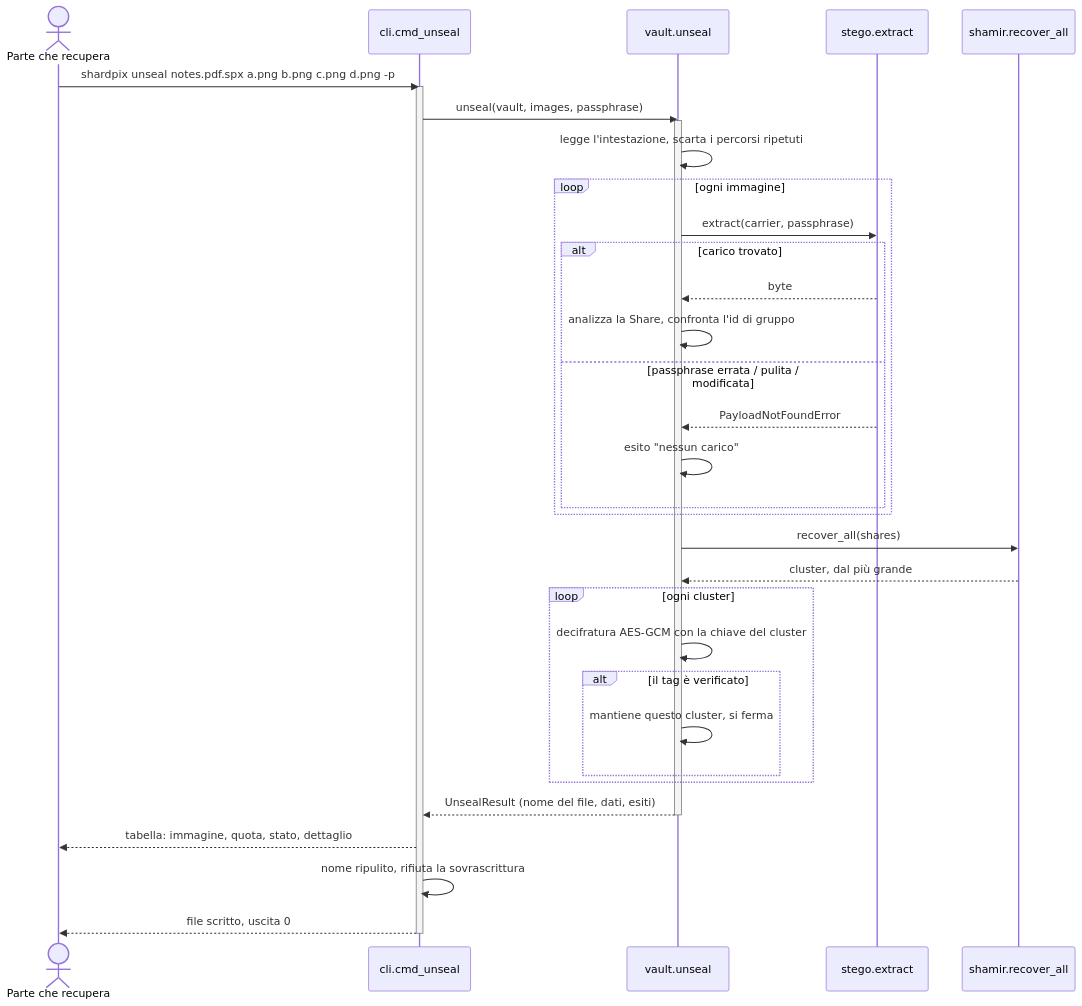
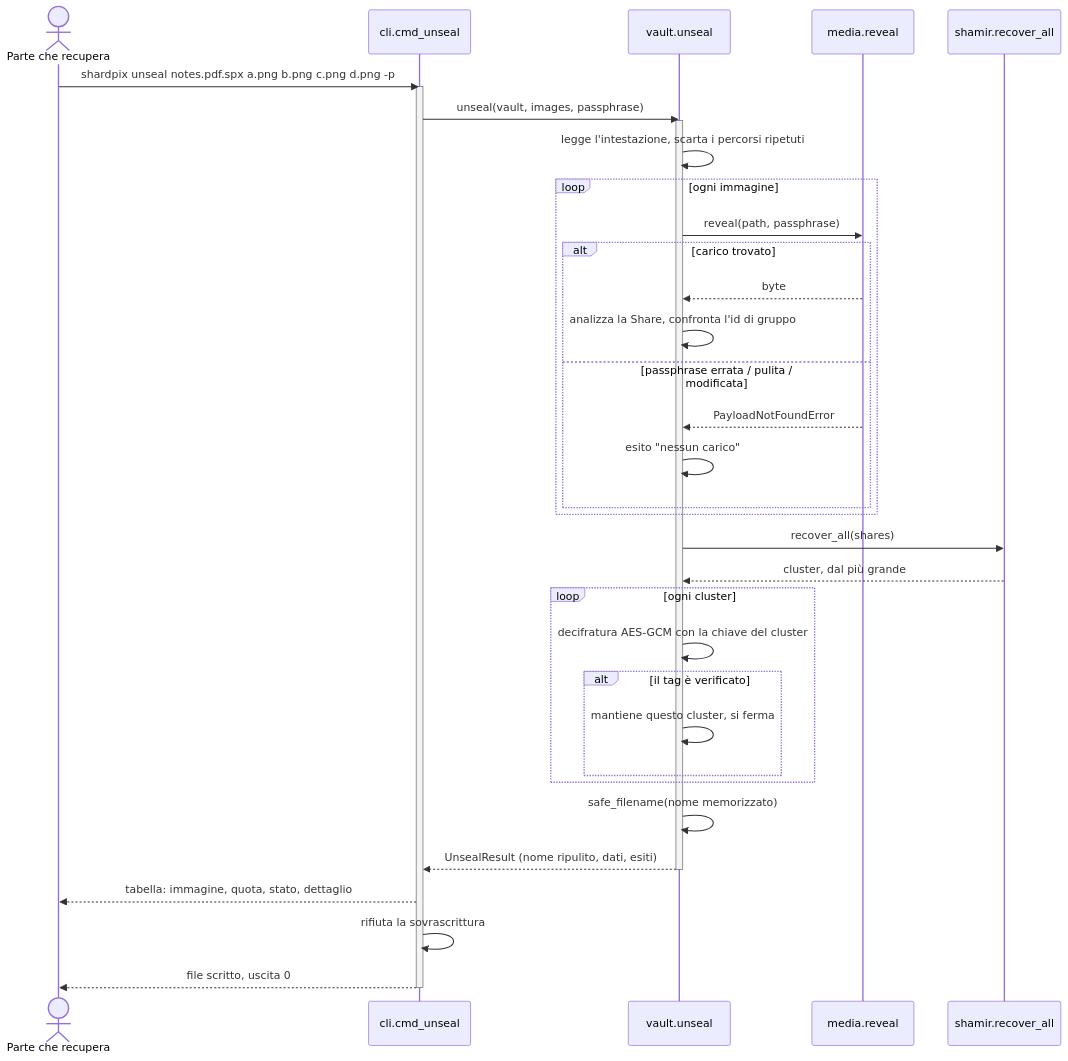
One commit to Just-Ipavon/shardpix changed the second of 7 diagrams in docs_it/04-runtime-behaviour.md. Above: the diagram before and after it, drawn with Mermaid. The commit also changed other lines of this file and 8 other files, not shown here.

````diff
--- a/docs_it/04-runtime-behaviour.md
+++ b/docs_it/04-runtime-behaviour.md
@@ -70,38 +70,39 @@
 ```mermaid
 sequenceDiagram
     actor R as Parte che recupera
     participant CLI as cli.cmd_unseal
     participant V as vault.unseal
-    participant ST as stego.extract
+    participant ST as media.reveal
     participant SH as shamir.recover_all
 
     R->>CLI: shardpix unseal notes.pdf.spx a.png b.png c.png d.png -p
     activate CLI
     CLI->>V: unseal(vault, images, passphrase)
     activate V
     V->>V: legge l'intestazione, scarta i percorsi ripetuti
     loop ogni immagine
-        V->>ST: extract(carrier, passphrase)
+        V->>ST: reveal(path, passphrase)
         alt carico trovato
             ST-->>V: byte
             V->>V: analizza la Share, confronta l'id di gruppo
         else passphrase errata / pulita / modificata
             ST-->>V: PayloadNotFoundError
             V->>V: esito "nessun carico"
         end
     end
     V->>SH: recover_all(shares)
     SH-->>V: cluster, dal più grande
     loop ogni cluster
         V->>V: decifratura AES-GCM con la chiave del cluster
         alt il tag è verificato
             V->>V: mantiene questo cluster, si ferma
         end
     end
-    V-->>CLI: UnsealResult (nome del file, dati, esiti)
+    V->>V: safe_filename(nome memorizzato)
+    V-->>CLI: UnsealResult (nome ripulito, dati, esiti)
     deactivate V
     CLI-->>R: tabella: immagine, quota, stato, dettaglio
-    CLI->>CLI: nome ripulito, rifiuta la sovrascrittura
+    CLI->>CLI: rifiuta la sovrascrittura
     CLI-->>R: file scritto, uscita 0
     deactivate CLI
 ```
````
